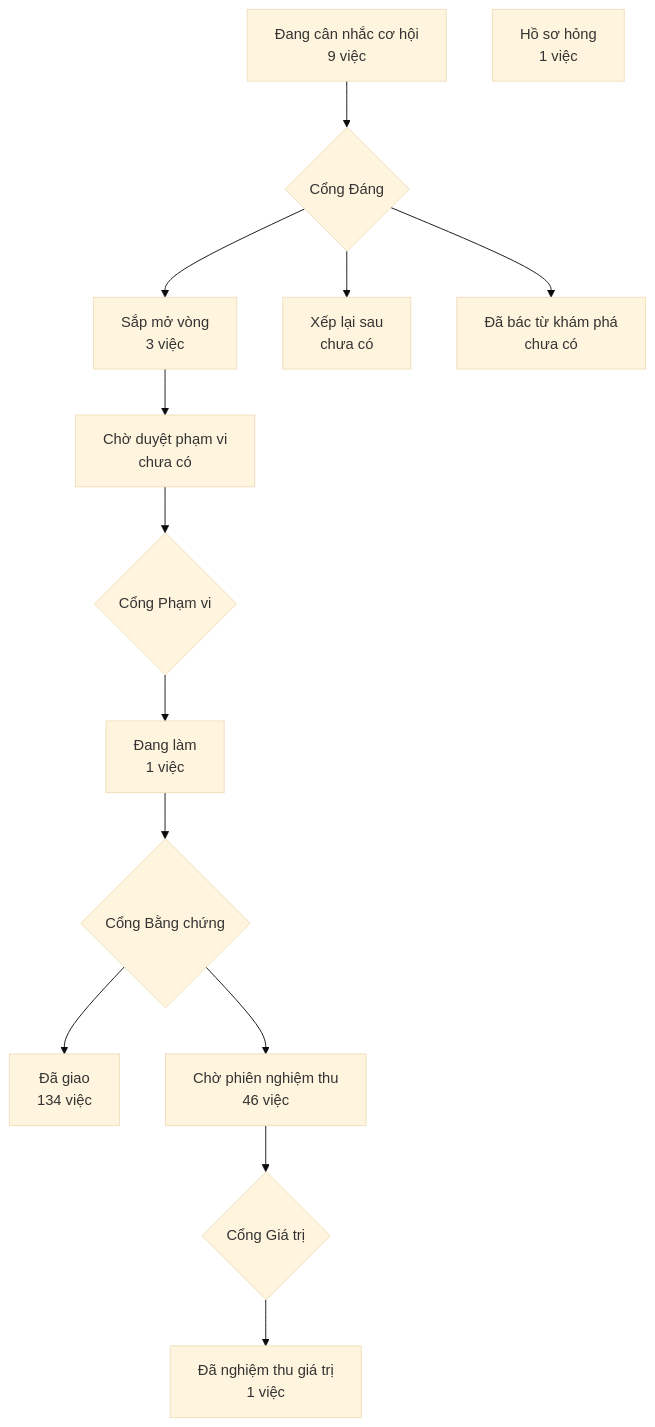
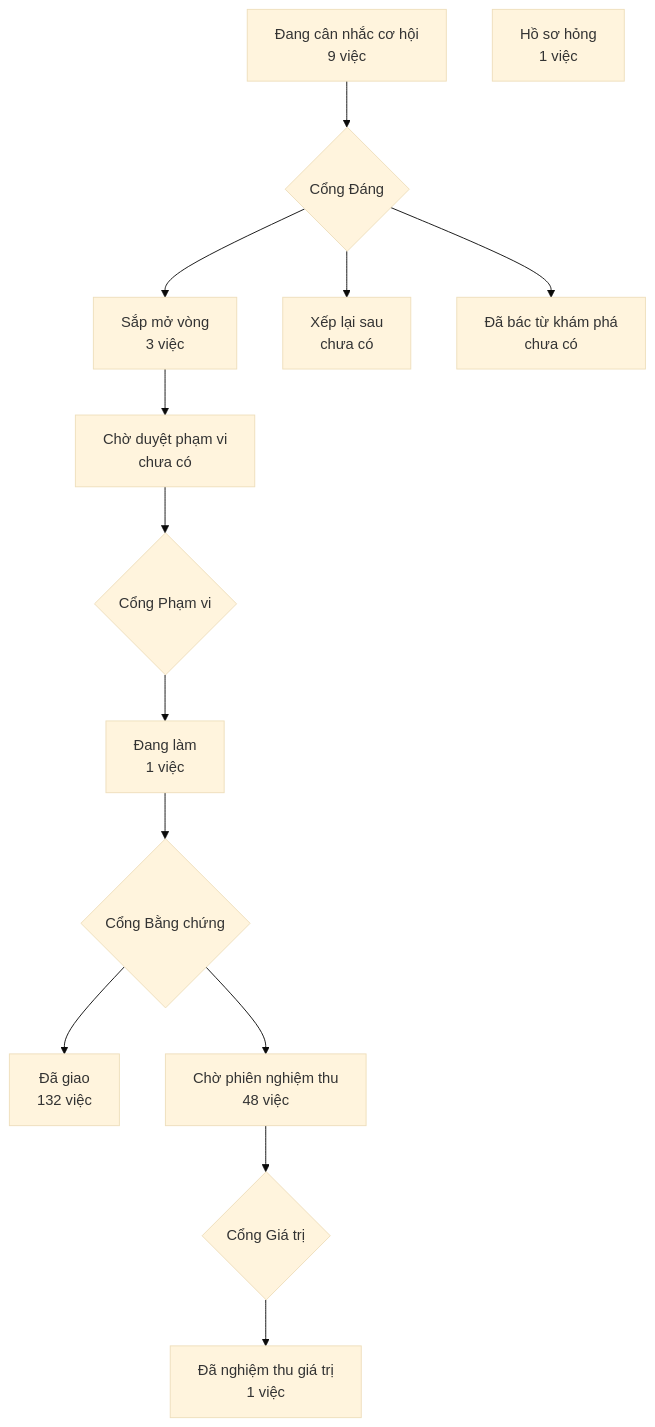
One commit to phanlemanh/crm-onehub changed the diagram in PRODUCT-MAP.md. Above: the diagram before and after it, drawn with Mermaid (base theme).

Commit message:
chore: ve lai ban do sau khi gop onehub (ban sach)

````diff
--- a/PRODUCT-MAP.md
+++ b/PRODUCT-MAP.md
@@ -7,13 +7,13 @@
 ```mermaid
 flowchart TD
   A["Đang cân nhắc cơ hội<br/>9 việc"] --> GD{"Cổng Đáng"}
   GD --> B["Sắp mở vòng<br/>3 việc"]
   GD --> XL["Xếp lại sau<br/>chưa có"]
   GD --> DB["Đã bác từ khám phá<br/>chưa có"]
   B --> CD["Chờ duyệt phạm vi<br/>chưa có"] --> GP{"Cổng Phạm vi"}
   GP --> DL["Đang làm<br/>1 việc"] --> GB{"Cổng Bằng chứng"}
-  GB --> DG["Đã giao<br/>134 việc"]
-  GB --> CN["Chờ phiên nghiệm thu<br/>46 việc"] --> GG{"Cổng Giá trị"}
+  GB --> DG["Đã giao<br/>132 việc"]
+  GB --> CN["Chờ phiên nghiệm thu<br/>48 việc"] --> GG{"Cổng Giá trị"}
   GG --> NT["Đã nghiệm thu giá trị<br/>1 việc"]
   HS["Hồ sơ hỏng<br/>1 việc"]
 ```
````
